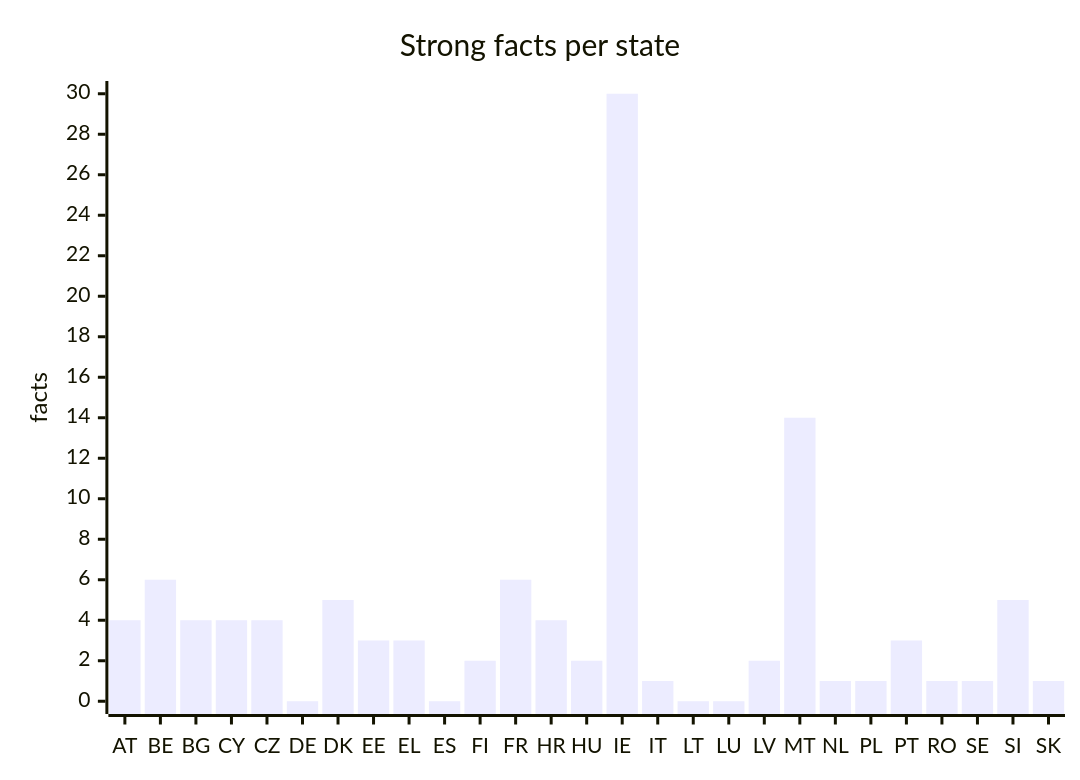
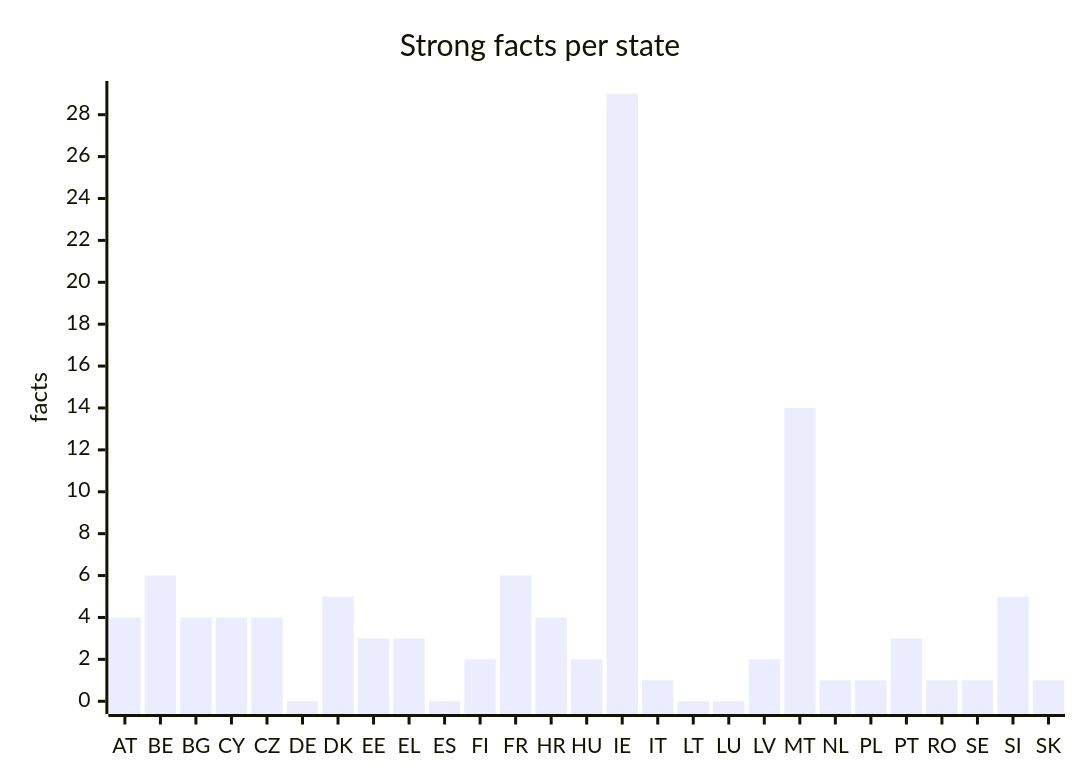
The fifth of 5 diagrams in docs/evidence.md (EU27-data-sovereignty/eu27-data-sovereignty), drawn with Mermaid before and after one commit. The commit also changed other lines of this file and 14 other files, not shown here.

````diff
--- a/docs/evidence.md
+++ b/docs/evidence.md
@@ -93,7 +93,7 @@
 ```mermaid
 xychart-beta
   title "Strong facts per state"
   x-axis [AT, BE, BG, CY, CZ, DE, DK, EE, EL, ES, FI, FR, HR, HU, IE, IT, LT, LU, LV, MT, NL, PL, PT, RO, SE, SI, SK]
-  y-axis "facts" 0 --> 30
-  bar [4, 6, 4, 4, 4, 0, 5, 3, 3, 0, 2, 6, 4, 2, 30, 1, 0, 0, 2, 14, 1, 1, 3, 1, 1, 5, 1]
+  y-axis "facts" 0 --> 29
+  bar [4, 6, 4, 4, 4, 0, 5, 3, 3, 0, 2, 6, 4, 2, 29, 1, 0, 0, 2, 14, 1, 1, 3, 1, 1, 5, 1]
 ```
````
